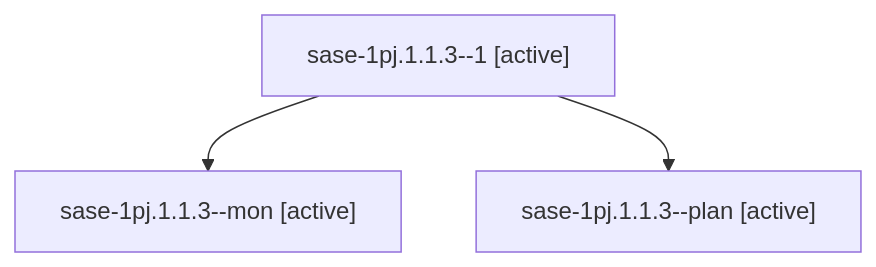
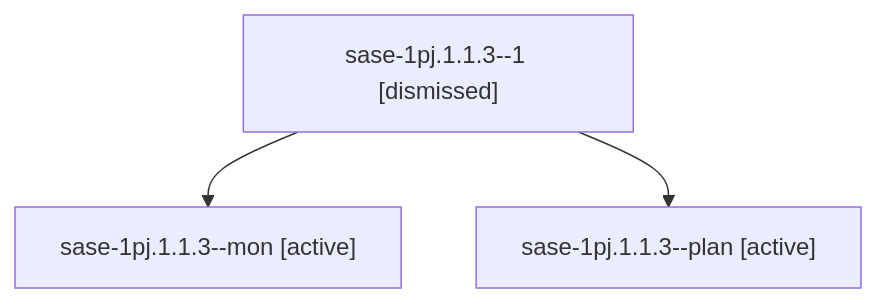
One commit to sase-org/sase--agents changed the diagram in sessions/bbugyi200.athena.sase-1pj.1.1.3.md. Above: the diagram before and after it, drawn with Mermaid. The commit also changed other lines of this file and 206 other files, not shown here.

````diff
--- a/sessions/bbugyi200.athena.sase-1pj.1.1.3.md
+++ b/sessions/bbugyi200.athena.sase-1pj.1.1.3.md
@@ -9,8 +9,8 @@
 ```mermaid
 flowchart TD
-  n0["sase-1pj.1.1.3--1 [active]"]
+  n0["sase-1pj.1.1.3--1 [dismissed]"]
   n1["sase-1pj.1.1.3--mon [active]"]
   n0 --> n1
   n2["sase-1pj.1.1.3--plan [active]"]
   n0 --> n2
 ```
````
